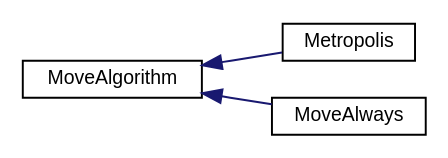
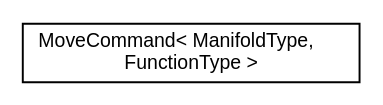
Before and after one commit to acgetchell/CDT-plusplus: the diagram in inherit_graph_10.dot, drawn with Graphviz. The commit also changed 215 other files, not shown here.

```diff
--- a/inherit_graph_10.dot
+++ b/inherit_graph_10.dot
@@ -1,12 +1,8 @@
 digraph "Graphical Class Hierarchy"
 {
  // LATEX_PDF_SIZE
   edge [fontname="Helvetica",fontsize="10",labelfontname="Helvetica",labelfontsize="10"];
   node [fontname="Helvetica",fontsize="10",shape=record];
   rankdir="LR";
-  Node0 [label="MoveAlgorithm",height=0.2,width=0.4,color="black", fillcolor="white", style="filled",URL="$class_move_algorithm.html",tooltip="Base class for move algorithms."];
-  Node0 -> Node1 [dir="back",color="midnightblue",fontsize="10",style="solid",fontname="Helvetica"];
-  Node1 [label="Metropolis",height=0.2,width=0.4,color="black", fillcolor="white", style="filled",URL="$class_metropolis.html",tooltip="Metropolis-Hastings algorithm function object."];
-  Node0 -> Node2 [dir="back",color="midnightblue",fontsize="10",style="solid",fontname="Helvetica"];
-  Node2 [label="MoveAlways",height=0.2,width=0.4,color="black", fillcolor="white", style="filled",URL="$class_move_always.html",tooltip=" "];
+  Node0 [label="MoveCommand\< ManifoldType,\l FunctionType \>",height=0.2,width=0.4,color="black", fillcolor="white", style="filled",URL="$class_move_command.html",tooltip=" "];
 }
```
